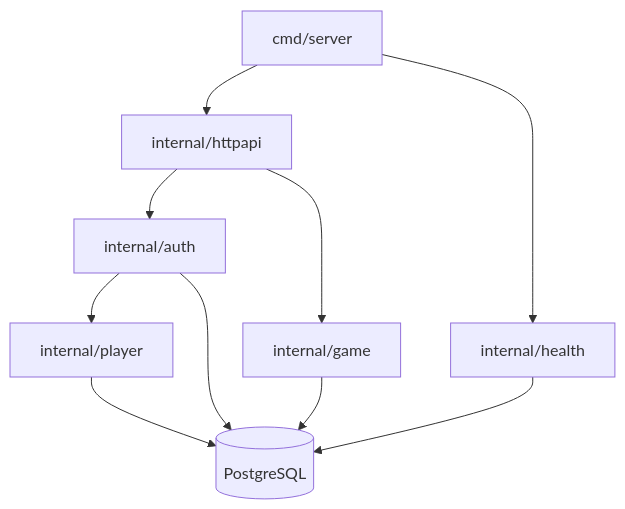
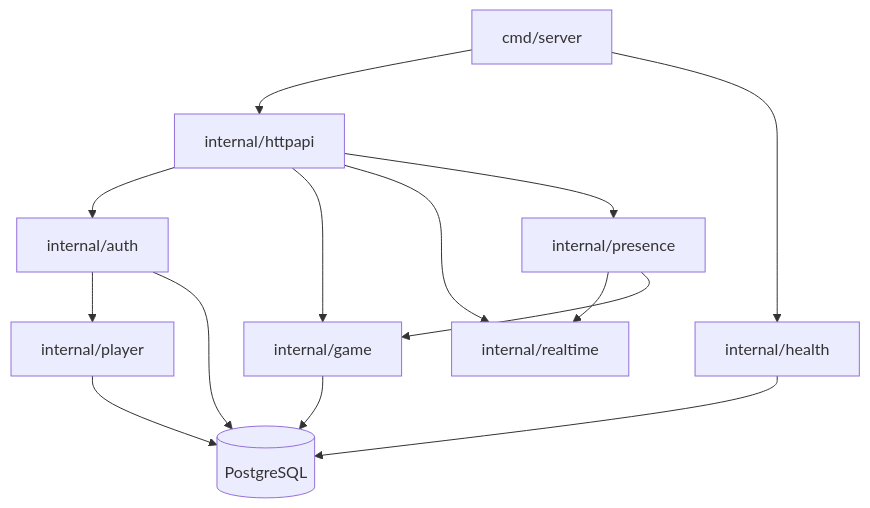
Before and after one commit to foxxman/valley: the diagram in backend/README.md, drawn with Mermaid. The commit also changed other lines of this file and 67 other files, not shown here.

````diff
--- a/backend/README.md
+++ b/backend/README.md
@@ -9,12 +9,16 @@
 ```mermaid
 flowchart TD
   server["cmd/server"] --> httpapi["internal/httpapi"]
   server --> health["internal/health"]
   httpapi --> auth["internal/auth"]
   httpapi --> game["internal/game"]
+  httpapi --> realtime["internal/realtime"]
+  httpapi --> presence["internal/presence"]
+  presence --> realtime
+  presence --> game
   auth --> player["internal/player"]
   auth --> db[(PostgreSQL)]
   game --> db
   player --> db
   health --> db
 ```
````
